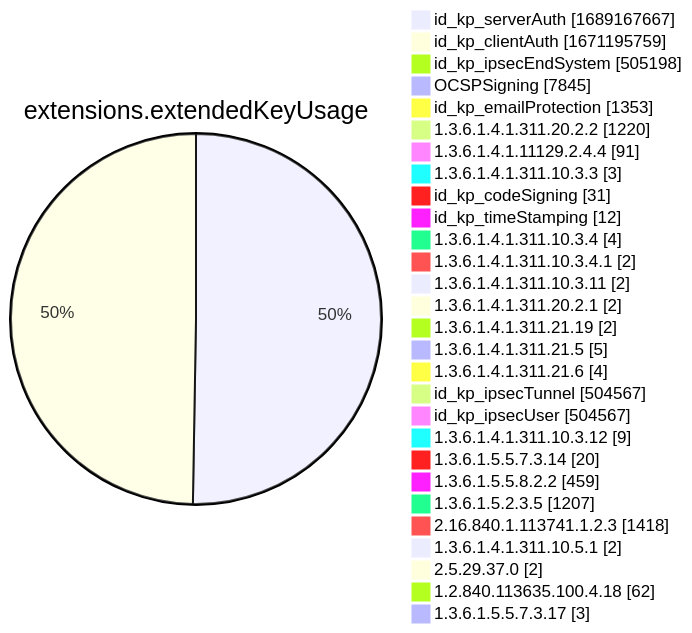
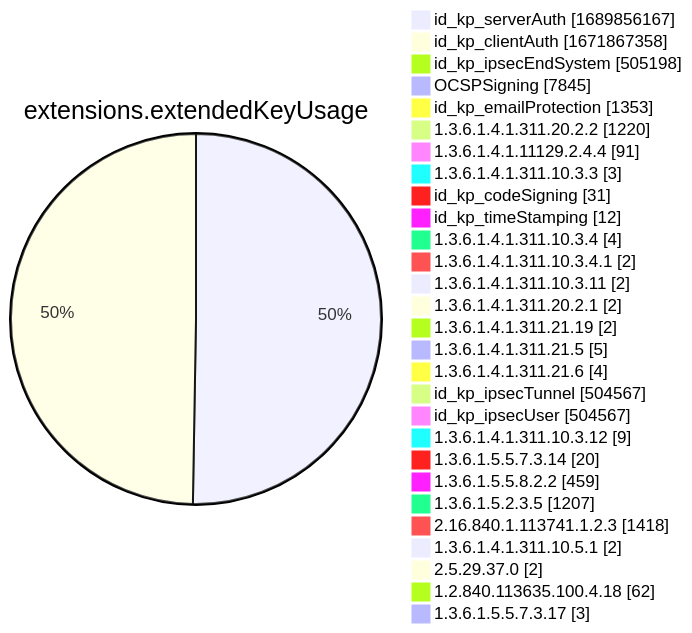
Diagram 12 of 15 in xenon2022/README.md (christiankrug/ctmonitor_visualization), drawn with Mermaid before and after one commit. The commit also changed other lines of this file, not shown here.

````diff
--- a/xenon2022/README.md
+++ b/xenon2022/README.md
@@ -3888,32 +3888,32 @@
 ```mermaid
 pie showData
 title extensions.extendedKeyUsage
-"id_kp_serverAuth" :1689167667
-"id_kp_clientAuth" :1671195759
+"id_kp_serverAuth" :1689856167
+"id_kp_clientAuth" :1671867358
 "id_kp_ipsecEndSystem" :505198
 "OCSPSigning" :7845
 "id_kp_emailProtection" :1353
 "1.3.6.1.4.1.311.20.2.2" :1220
 "1.3.6.1.4.1.11129.2.4.4" :91
 "1.3.6.1.4.1.311.10.3.3" :3
 "id_kp_codeSigning" :31
 "id_kp_timeStamping" :12
 "1.3.6.1.4.1.311.10.3.4" :4
 "1.3.6.1.4.1.311.10.3.4.1" :2
 "1.3.6.1.4.1.311.10.3.11" :2
 "1.3.6.1.4.1.311.20.2.1" :2
 "1.3.6.1.4.1.311.21.19" :2
 "1.3.6.1.4.1.311.21.5" :5
 "1.3.6.1.4.1.311.21.6" :4
 "id_kp_ipsecTunnel" :504567
 "id_kp_ipsecUser" :504567
 "1.3.6.1.4.1.311.10.3.12" :9
 "1.3.6.1.5.5.7.3.14" :20
 "1.3.6.1.5.5.8.2.2" :459
 "1.3.6.1.5.2.3.5" :1207
 "2.16.840.1.113741.1.2.3" :1418
 "1.3.6.1.4.1.311.10.5.1" :2
 "2.5.29.37.0" :2
 "1.2.840.113635.100.4.18" :62
 "1.3.6.1.5.5.7.3.17" :3
 ```
````
